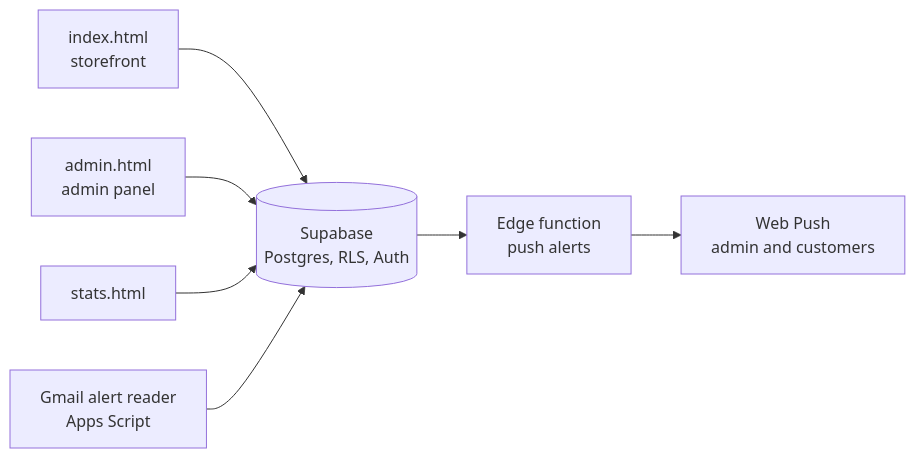
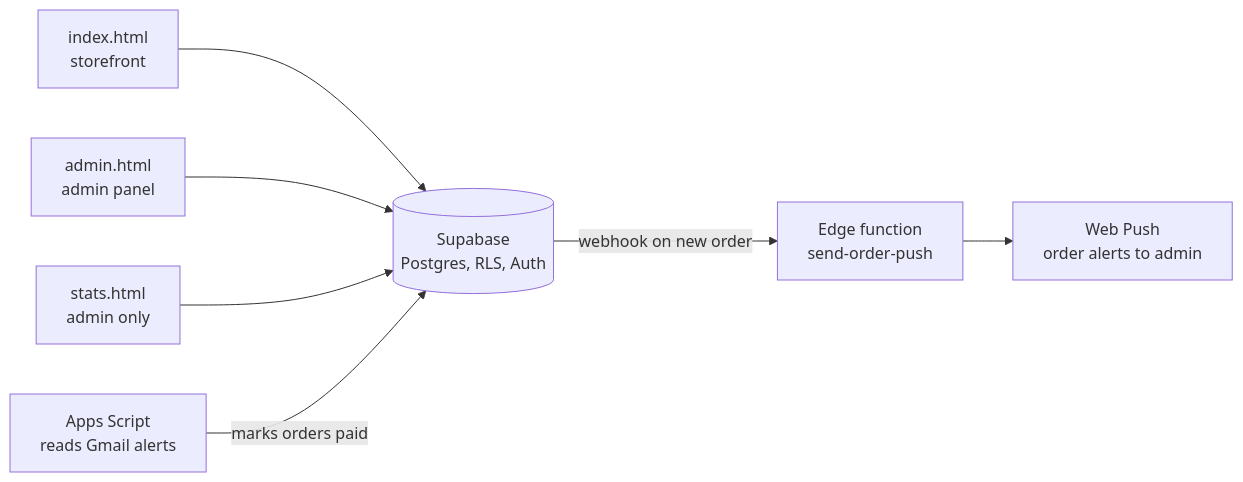
Before and after one commit to satyam-64136/My-store: the first of 6 diagrams in README.md, drawn with Mermaid. The commit also changed other lines of this file, not shown here.

````diff
--- a/README.md
+++ b/README.md
@@ -65,9 +65,9 @@
 ```mermaid
 flowchart LR
   A["index.html<br/>storefront"] --> D[("Supabase<br/>Postgres, RLS, Auth")]
   B["admin.html<br/>admin panel"] --> D
-  S["stats.html"] --> D
-  G["Gmail alert reader<br/>Apps Script"] --> D
-  D --> E["Edge function<br/>push alerts"]
-  E --> P["Web Push<br/>admin and customers"]
+  S["stats.html<br/>admin only"] --> D
+  G["Apps Script<br/>reads Gmail alerts"] -- "marks orders paid" --> D
+  D -- "webhook on new order" --> E["Edge function<br/>send-order-push"]
+  E --> P["Web Push<br/>order alerts to admin"]
 ```
````
